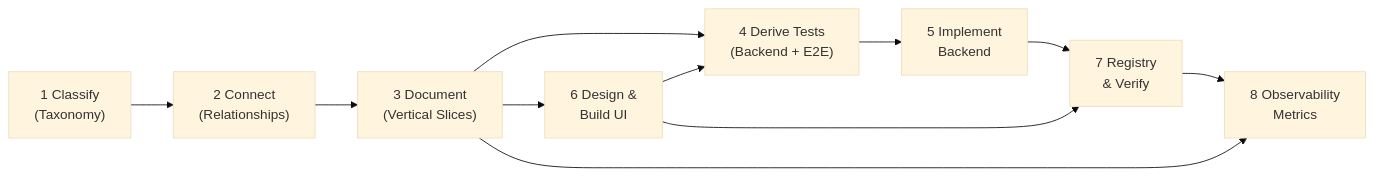
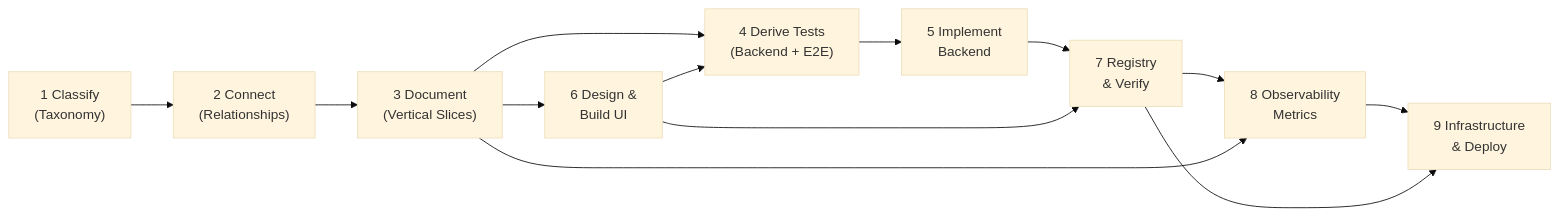
Before and after one commit to cyberAlchemyAI/domainspec: the first of 4 diagrams in README.md, drawn with Mermaid (base theme). The commit also changed other lines of this file and 1 other file, not shown here.

````diff
--- a/README.md
+++ b/README.md
@@ -37,13 +35,15 @@
 ```mermaid
 flowchart LR
     A["1 Classify\n(Taxonomy)"] --> B["2 Connect\n(Relationships)"]
     B --> C["3 Document\n(Vertical Slices)"]
     C --> D["4 Derive Tests\n(Backend + E2E)"]
     D --> E["5 Implement\nBackend"]
     C --> F["6 Design &\nBuild UI"]
     F --> D
     E --> G["7 Registry\n& Verify"]
     F --> G
     G --> H["8 Observability\nMetrics"]
     C --> H
+    H --> I["9 Infrastructure\n& Deploy"]
+    G --> I
 ```
````
